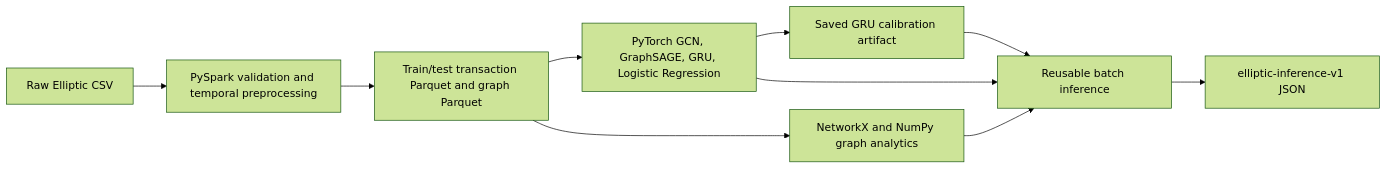
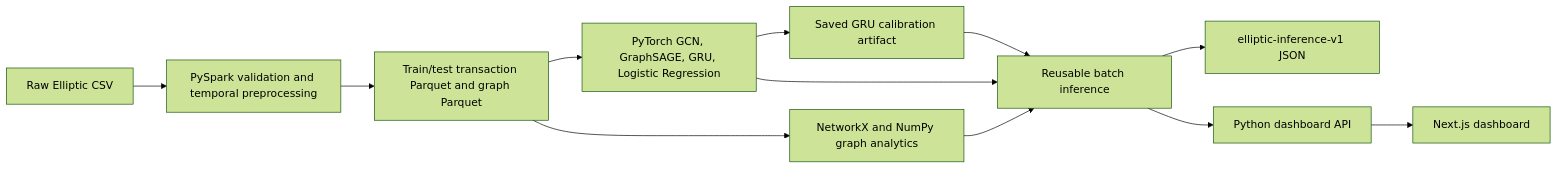
The diagram in README.md (gamya222/EllipticPlusPlus-Project), drawn with Mermaid (forest theme) before and after one commit. The commit also changed other lines of this file and 94 other files, not shown here.

````diff
--- a/README.md
+++ b/README.md
@@ -35,12 +35,14 @@
 ```mermaid
 flowchart LR
   A[Raw Elliptic CSV] --> B[PySpark validation and temporal preprocessing]
   B --> C[Train/test transaction Parquet and graph Parquet]
   C --> D[PyTorch GCN, GraphSAGE, GRU, Logistic Regression]
   C --> E[NetworkX and NumPy graph analytics]
   D --> F[Saved GRU calibration artifact]
   D --> G[Reusable batch inference]
   E --> G
   F --> G
   G --> H[elliptic-inference-v1 JSON]
+  G --> I[Python dashboard API]
+  I --> J[Next.js dashboard]
 ```
````
